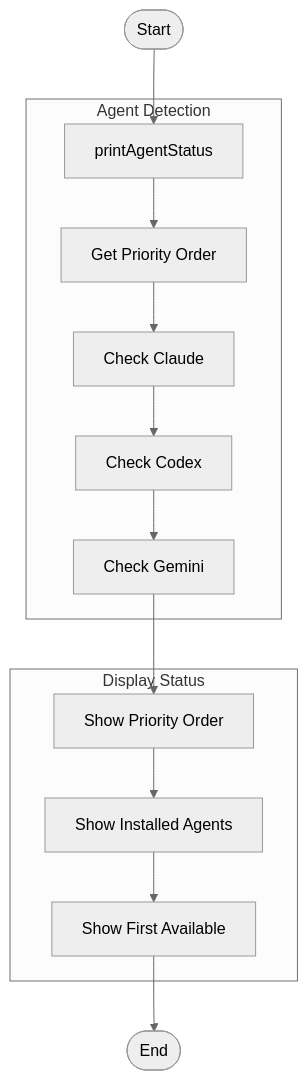
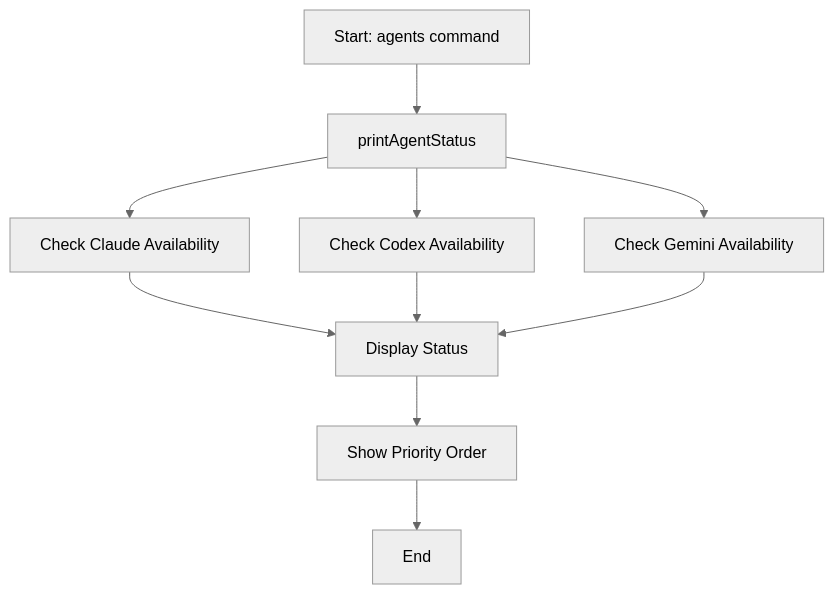
Before and after one commit to jerejones/agent-foreman: the first of 3 diagrams in docs/commands/agents.md, drawn with Mermaid (neutral theme). The commit also changed other lines of this file and 379 other files, not shown here.

````diff
--- a/docs/commands/agents.md
+++ b/docs/commands/agents.md
@@ -25,19 +17,14 @@
 ```mermaid
 flowchart TD
-    Start([Start]) --> PrintStatus[printAgentStatus]
+    A[Start: agents command] --> B[printAgentStatus]
+    B --> C[Check Claude Availability]
+    B --> D[Check Codex Availability]
+    B --> E[Check Gemini Availability]
 
-    subgraph Detection["Agent Detection"]
-        PrintStatus --> GetPriority[Get Priority Order]
-        GetPriority --> CheckClaude[Check Claude]
-        CheckClaude --> CheckCodex[Check Codex]
-        CheckCodex --> CheckGemini[Check Gemini]
-    end
+    C --> F[Display Status]
+    D --> F
+    E --> F
 
-    subgraph Display["Display Status"]
-        CheckGemini --> ShowPriority[Show Priority Order]
-        ShowPriority --> ShowInstalled[Show Installed Agents]
-        ShowInstalled --> ShowFirst[Show First Available]
-    end
-
-    ShowFirst --> End([End])
+    F --> G[Show Priority Order]
+    G --> H[End]
 ```
````
